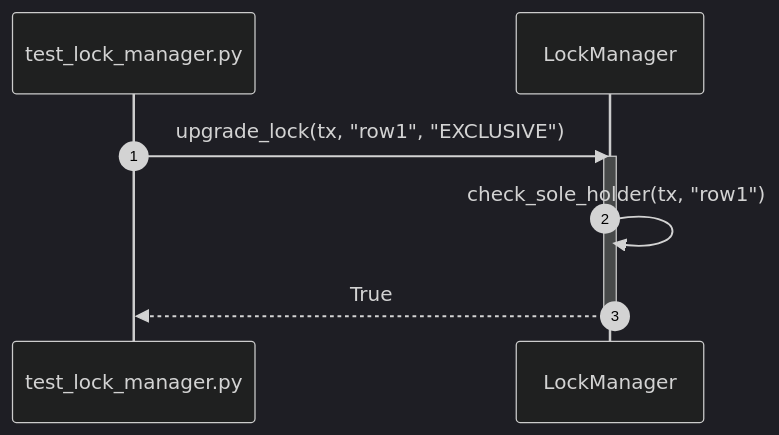
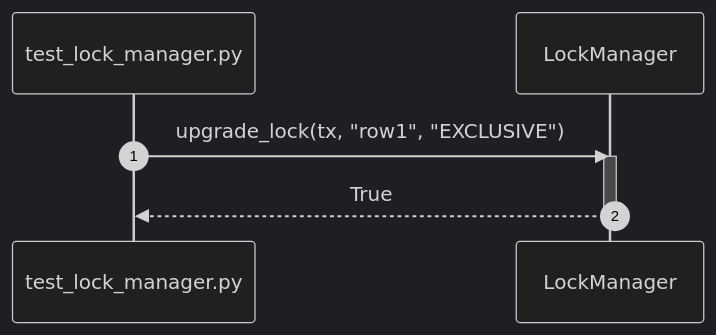
Before and after one commit to taitran501/DBMS: diagram 19 of 52 in diagrams/sequence/transaction.md, drawn with Mermaid (dark theme). The commit also changed other lines of this file and 6 other files, not shown here.

````diff
--- a/diagrams/sequence/transaction.md
+++ b/diagrams/sequence/transaction.md
@@ -287,12 +286,11 @@
 ```mermaid
 sequenceDiagram
     autonumber
     participant Test as test_lock_manager.py
     participant SUT as LockManager
 
     Test->>SUT: upgrade_lock(tx, "row1", "EXCLUSIVE")
     activate SUT
-    SUT->>SUT: check_sole_holder(tx, "row1")
     SUT-->>Test: True
     deactivate SUT
 ```
````
